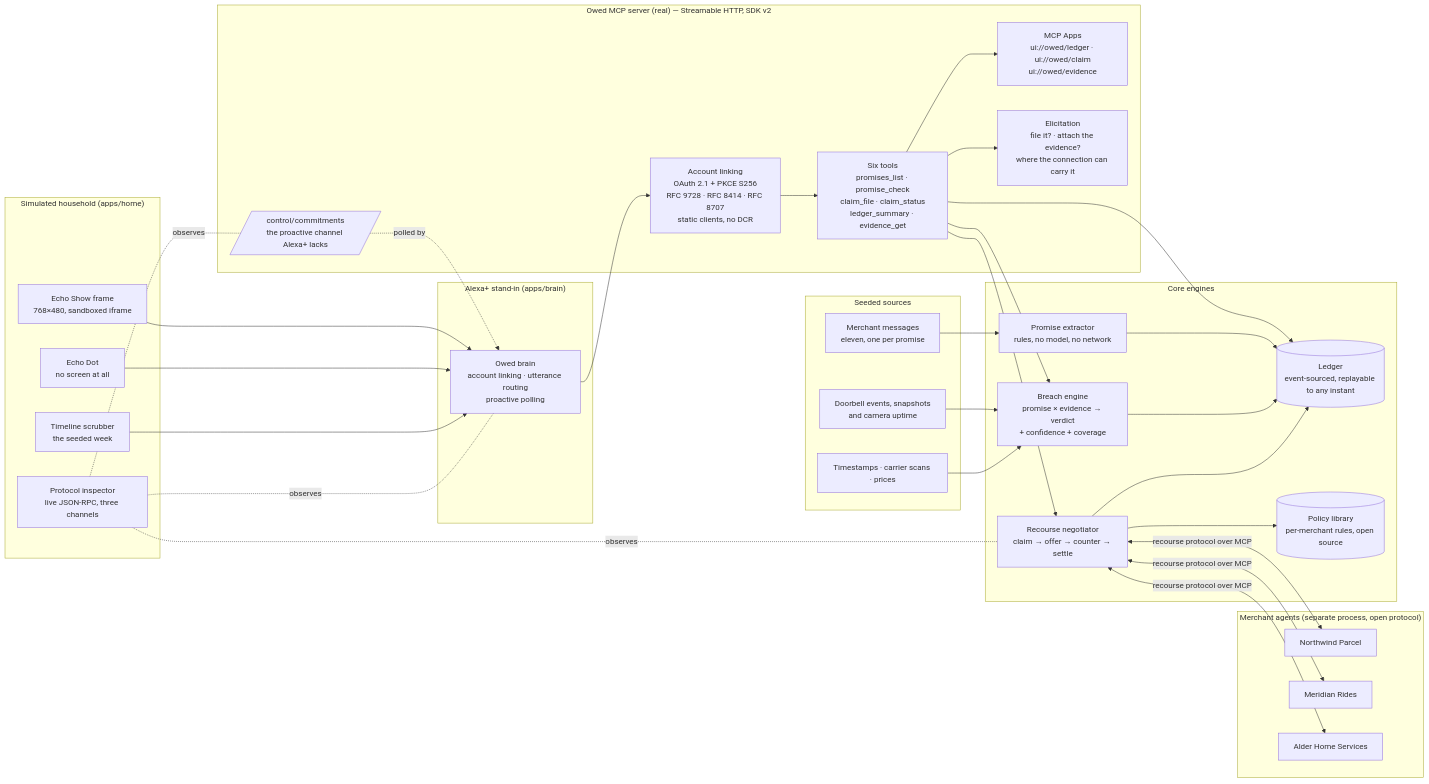
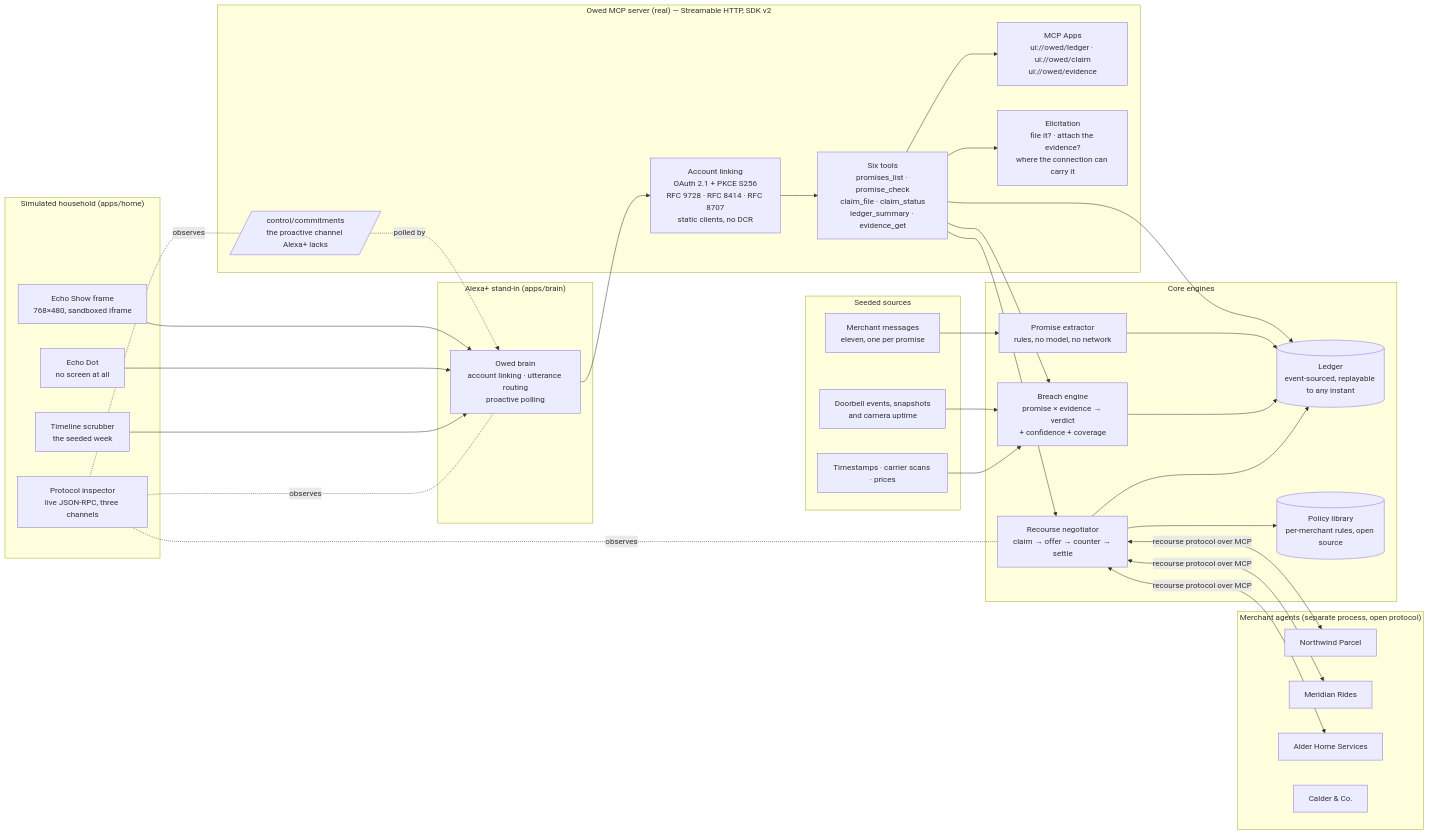
One commit to kaustubh76/Owed changed the first of 3 diagrams in readme.md. Above: the diagram before and after it, drawn with Mermaid. The commit also changed other lines of this file and 1 other file, not shown here.

````diff
--- a/readme.md
+++ b/readme.md
@@ -54,56 +54,57 @@
 ```mermaid
 flowchart LR
     subgraph HOUSEHOLD["Simulated household (apps/home)"]
         ES[Echo Show frame<br/>768×480, sandboxed iframe]
         DOT[Echo Dot<br/>no screen at all]
         TL[Timeline scrubber<br/>the seeded week]
         INS[Protocol inspector<br/>live JSON-RPC, three channels]
     end
 
     subgraph STANDIN["Alexa+ stand-in (apps/brain)"]
         BRAIN[Owed brain<br/>account linking · utterance routing<br/>proactive polling]
     end
 
     subgraph OWED["Owed MCP server (real) — Streamable HTTP, SDK v2"]
         AUTH[Account linking<br/>OAuth 2.1 + PKCE S256<br/>RFC 9728 · RFC 8414 · RFC 8707<br/>static clients, no DCR]
         TOOLS[Six tools<br/>promises_list · promise_check<br/>claim_file · claim_status<br/>ledger_summary · evidence_get]
         UI[MCP Apps<br/>ui://owed/ledger · ui://owed/claim<br/>ui://owed/evidence]
         ELIC[Elicitation<br/>file it? · attach the evidence?<br/>where the connection can carry it]
         CME[/control/commitments<br/>the proactive channel Alexa+ lacks/]
     end
 
     subgraph CORE["Core engines"]
         EXT[Promise extractor<br/>rules, no model, no network]
         BRE[Breach engine<br/>promise × evidence → verdict<br/>+ confidence + coverage]
         NEG[Recourse negotiator<br/>claim → offer → counter → settle]
         LED[(Ledger<br/>event-sourced, replayable to any instant)]
         POL[(Policy library<br/>per-merchant rules, open source)]
     end
 
     subgraph SOURCES["Seeded sources"]
         MSG[Merchant messages<br/>eleven, one per promise]
         DOOR[Doorbell events, snapshots<br/>and camera uptime]
         CLOCK[Timestamps · carrier scans · prices]
     end
 
     subgraph MERCH["Merchant agents (separate process, open protocol)"]
         M1[Northwind Parcel]
         M2[Meridian Rides]
         M3[Alder Home Services]
+        M4["Calder & Co."]
     end
 
     ES & DOT & TL --> BRAIN
     BRAIN --> AUTH --> TOOLS
     CME -.polled by.-> BRAIN
     TOOLS --> UI
     TOOLS --> ELIC
     TOOLS --> BRE & LED
     MSG --> EXT --> LED
     DOOR & CLOCK --> BRE
     BRE --> LED
     TOOLS --> NEG
     NEG <-->|recourse protocol over MCP| M1 & M2 & M3
     NEG --> POL
     NEG --> LED
     INS -.observes.- BRAIN & NEG & CME
 ```
````
